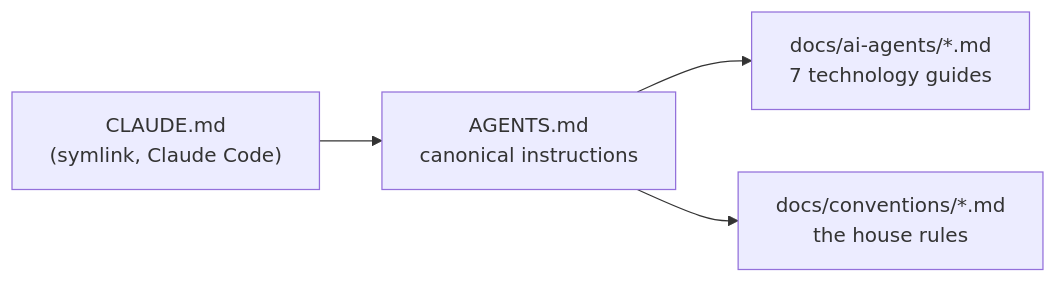
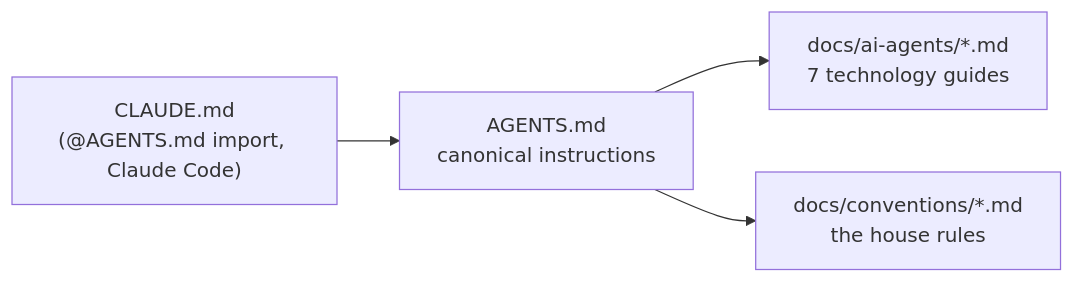
Before and after one commit to rootcube/data-mesh-template: the diagram in docs/ai-agents/index.md, drawn with Mermaid. The commit also changed other lines of this file and 33 other files, not shown here.

````diff
--- a/docs/ai-agents/index.md
+++ b/docs/ai-agents/index.md
@@ -13,6 +13,6 @@
 ```mermaid
 flowchart LR
-    CC["CLAUDE.md<br/>(symlink, Claude Code)"] --> A["AGENTS.md<br/>canonical instructions"]
+    CC["CLAUDE.md<br/>(@AGENTS.md import, Claude Code)"] --> A["AGENTS.md<br/>canonical instructions"]
     A --> S["docs/ai-agents/*.md<br/>7 technology guides"]
     A --> C["docs/conventions/*.md<br/>the house rules"]
 ```
````
